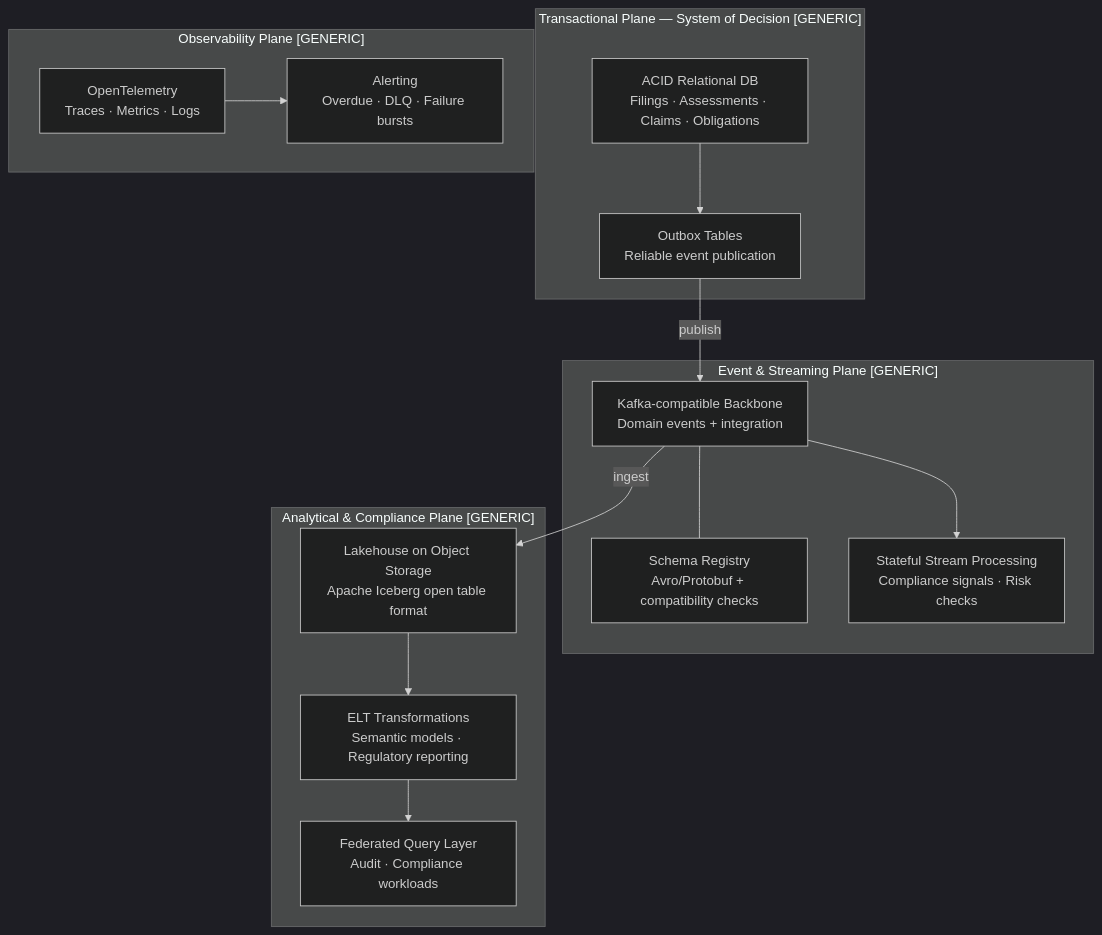
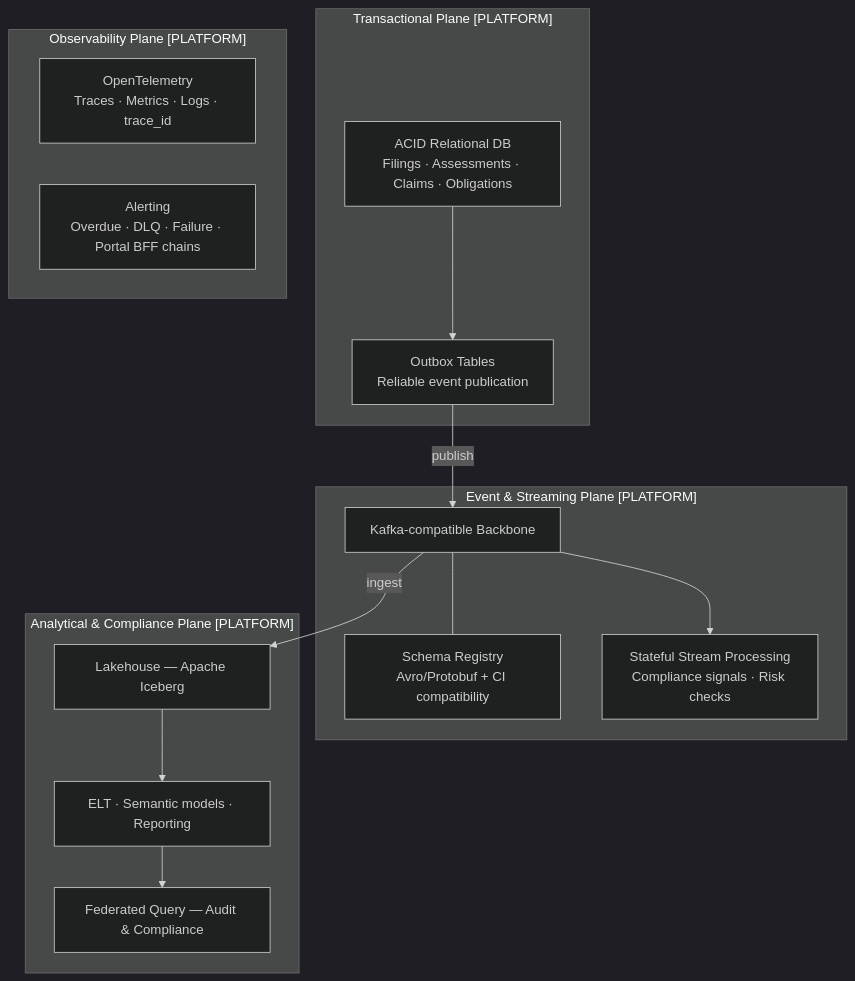
One commit to nc-tbi/VATRI-Codex changed the fifth of 11 diagrams in design/01-vat-filing-assessment-solution-design.md. Above: the diagram before and after it, drawn with Mermaid (dark theme). The commit also changed other lines of this file and 15 other files, not shown here.

First line of the commit message:
Add module interaction guide and update design to v1.2 with Portal BFF and 3-layer taxonomy

````diff
--- a/design/01-vat-filing-assessment-solution-design.md
+++ b/design/01-vat-filing-assessment-solution-design.md
@@ -146,33 +249,32 @@
 ```mermaid
 flowchart TB
-    subgraph TRANSACTIONAL["Transactional Plane — System of Decision [GENERIC]"]
+    subgraph TRANS["Transactional Plane [PLATFORM]"]
         ODB_T["ACID Relational DB\nFilings · Assessments · Claims · Obligations"]
         OUTBOX["Outbox Tables\nReliable event publication"]
     end
 
-    subgraph EVENT["Event & Streaming Plane [GENERIC]"]
-        KAFKA["Kafka-compatible Backbone\nDomain events + integration"]
-        SREG["Schema Registry\nAvro/Protobuf + compatibility checks"]
+    subgraph EVENT["Event & Streaming Plane [PLATFORM]"]
+        KAFKA["Kafka-compatible Backbone"]
+        SREG["Schema Registry\nAvro/Protobuf + CI compatibility"]
         STREAM["Stateful Stream Processing\nCompliance signals · Risk checks"]
     end
 
-    subgraph ANALYTICAL["Analytical & Compliance Plane [GENERIC]"]
-        LAKE["Lakehouse on Object Storage\nApache Iceberg open table format"]
-        ELT["ELT Transformations\nSemantic models · Regulatory reporting"]
-        QUERY["Federated Query Layer\nAudit · Compliance workloads"]
+    subgraph ANALYTICAL["Analytical & Compliance Plane [PLATFORM]"]
+        LAKE["Lakehouse — Apache Iceberg"]
+        ELT["ELT · Semantic models · Reporting"]
+        QUERY["Federated Query — Audit & Compliance"]
     end
 
-    subgraph OBSERVABILITY["Observability Plane [GENERIC]"]
-        OTEL["OpenTelemetry\nTraces · Metrics · Logs"]
-        ALERTS["Alerting\nOverdue · DLQ · Failure bursts"]
+    subgraph OBS_PLANE["Observability Plane [PLATFORM]"]
+        OTEL["OpenTelemetry\nTraces · Metrics · Logs · trace_id"]
+        ALERTS["Alerting\nOverdue · DLQ · Failure · Portal BFF chains"]
     end
 
     OUTBOX -->|publish| KAFKA
     KAFKA --- SREG
     KAFKA --> STREAM
     KAFKA -->|ingest| LAKE
     LAKE --> ELT
     ELT --> QUERY
     ODB_T --> OUTBOX
-    OTEL --> ALERTS
 ```
````
